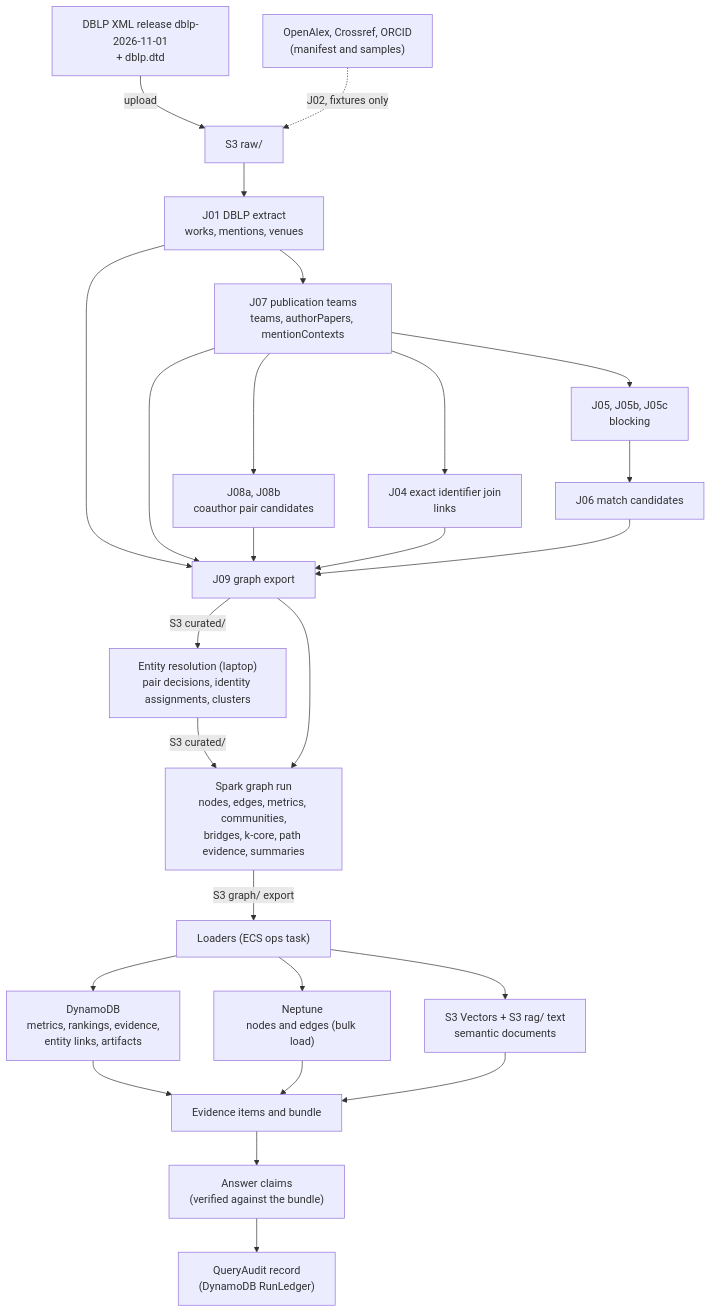
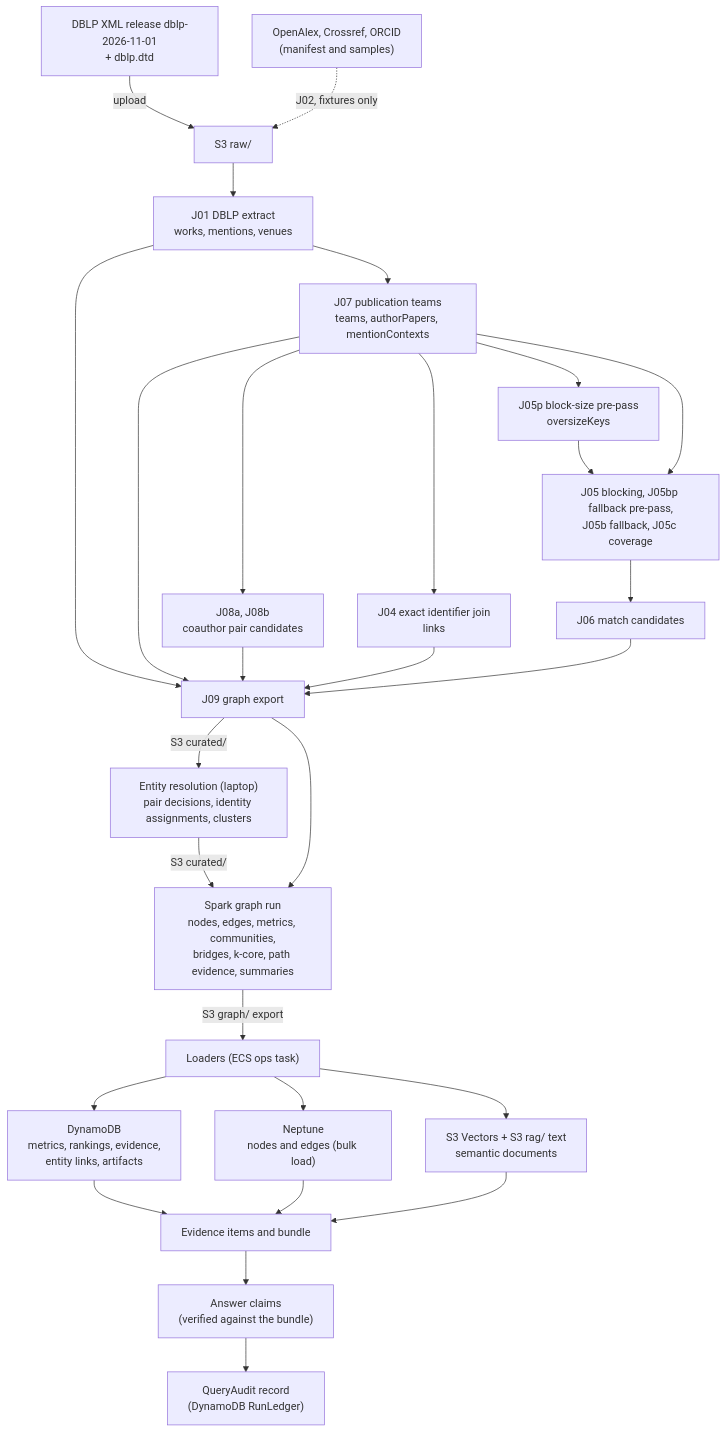
One commit to 000brian/scholarchain changed the diagram in docs/data-lineage.md. Above: the diagram before and after it, drawn with Mermaid. The commit also changed other lines of this file and 8 other files, not shown here.

````diff
--- a/docs/data-lineage.md
+++ b/docs/data-lineage.md
@@ -21,28 +21,30 @@
 ```mermaid
 flowchart TD
     A["DBLP XML release dblp-2026-11-01<br/>+ dblp.dtd"] -->|upload| RAW["S3 raw/"]
     EN["OpenAlex, Crossref, ORCID<br/>(manifest and samples)"] -.->|"J02, fixtures only"| RAW
     RAW --> J01["J01 DBLP extract<br/>works, mentions, venues"]
     J01 --> J07["J07 publication teams<br/>teams, authorPapers, mentionContexts"]
     J07 --> J08["J08a, J08b<br/>coauthor pair candidates"]
-    J07 --> J05["J05, J05b, J05c<br/>blocking"]
+    J07 --> J05P["J05p block-size pre-pass<br/>oversizeKeys"]
+    J05P --> J05["J05 blocking, J05bp fallback pre-pass,<br/>J05b fallback, J05c coverage"]
+    J07 --> J05
     J05 --> J06["J06 match candidates"]
     J07 --> J04["J04 exact identifier join<br/>links"]
     J01 --> J09["J09 graph export"]
     J07 --> J09
     J08 --> J09
     J04 --> J09
     J06 --> J09
     J09 -->|"S3 curated/"| ER["Entity resolution (laptop)<br/>pair decisions, identity assignments, clusters"]
     ER -->|"S3 curated/"| SP["Spark graph run<br/>nodes, edges, metrics, communities,<br/>bridges, k-core, path evidence, summaries"]
     J09 --> SP
     SP -->|"S3 graph/ export"| LD["Loaders (ECS ops task)"]
     LD --> DDB["DynamoDB<br/>metrics, rankings, evidence,<br/>entity links, artifacts"]
     LD --> NEP["Neptune<br/>nodes and edges (bulk load)"]
     LD --> VEC["S3 Vectors + S3 rag/ text<br/>semantic documents"]
     DDB --> EV["Evidence items and bundle"]
     NEP --> EV
     VEC --> EV
     EV --> CL["Answer claims<br/>(verified against the bundle)"]
     CL --> AU["QueryAudit record<br/>(DynamoDB RunLedger)"]
 ```
````
